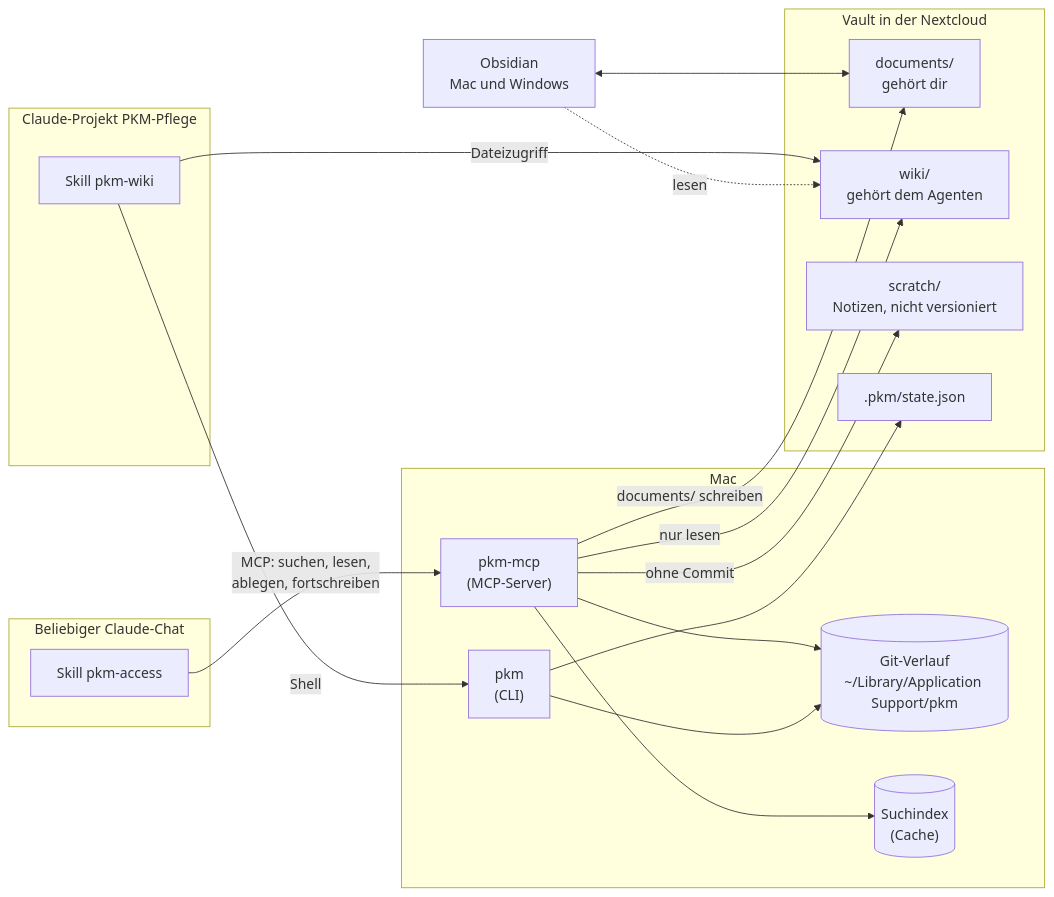
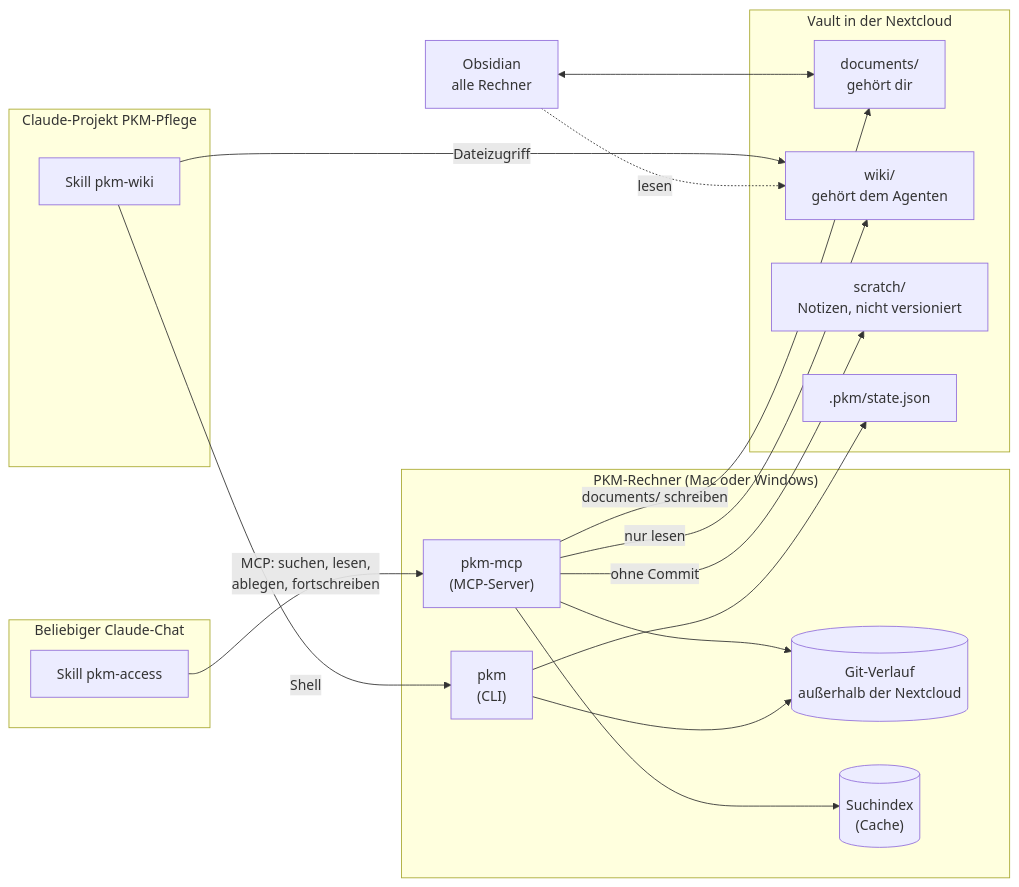
The first of 4 diagrams in README.md (achim0x/pkm-llm-wiki), drawn with Mermaid before and after one commit. The commit also changed other lines of this file and 3 other files, not shown here.

First line of the commit message:
Document standalone Windows setup as PKM host

````diff
--- a/README.md
+++ b/README.md
@@ -131,35 +131,35 @@
 ```mermaid
 flowchart LR
     subgraph Chats["Beliebiger Claude-Chat"]
         A["Skill pkm-access"]
     end
     subgraph Projekt["Claude-Projekt PKM-Pflege"]
         B["Skill pkm-wiki"]
     end
-    subgraph Mac["Mac"]
+    subgraph Mac["PKM-Rechner (Mac oder Windows)"]
         M["pkm-mcp<br/>(MCP-Server)"]
         C["pkm<br/>(CLI)"]
-        G[("Git-Verlauf<br/>~/Library/Application Support/pkm")]
+        G[("Git-Verlauf<br/>außerhalb der Nextcloud")]
         I[("Suchindex<br/>(Cache)")]
     end
     subgraph Vault["Vault in der Nextcloud"]
         D["documents/<br/>gehört dir"]
         W["wiki/<br/>gehört dem Agenten"]
         X["scratch/<br/>Notizen, nicht versioniert"]
         S[".pkm/state.json"]
     end
-    O["Obsidian<br/>Mac und Windows"]
+    O["Obsidian<br/>alle Rechner"]
 
     A -- "MCP: suchen, lesen,<br/>ablegen, fortschreiben" --> M
     B -- "Shell" --> C
     B -- "Dateizugriff" --> W
     M -- "documents/ schreiben" --> D
     M -- "ohne Commit" --> X
     M -- "nur lesen" --> W
     M --> G
     M --> I
     C --> G
     C --> S
     O <--> D
     O -. "lesen" .-> W
 ```
````
